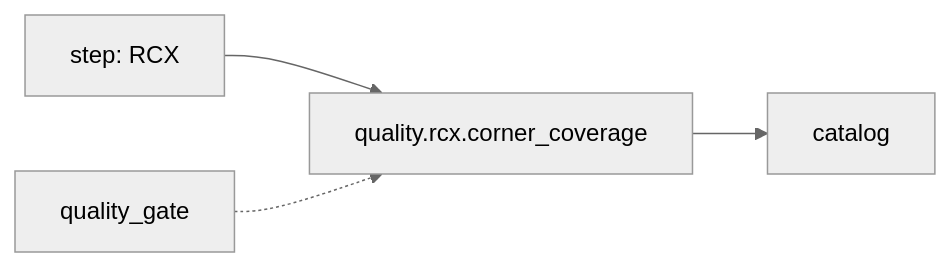
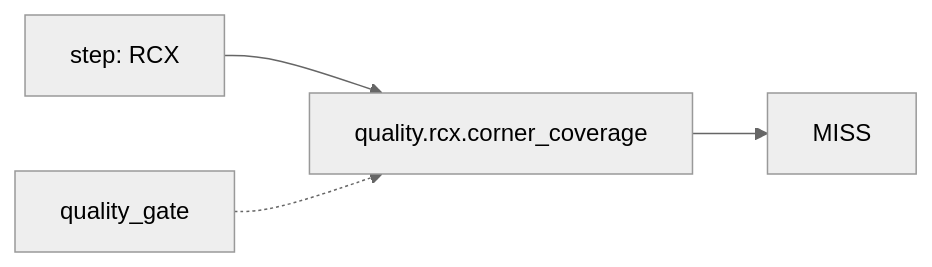
Before and after one commit to openecos-projects/ecc: diagram 13 of 53 in .github/signoff-board/signoff-kanban.md, drawn with Mermaid (neutral theme). The commit also changed other lines of this file and 2 other files, not shown here.

First line of the commit message:
feat(signoff): add performance / iSTA catalog slots (43 metrics)

````diff
--- a/.github/signoff-board/signoff-kanban.md
+++ b/.github/signoff-board/signoff-kanban.md
@@ -386,6 +418,6 @@
 ```mermaid
 flowchart LR
   step_quality_rcx_corner_coverage["step: RCX"] --> metric_quality_rcx_corner_coverage["quality.rcx.corner_coverage"]
-  metric_quality_rcx_corner_coverage --> state_quality_rcx_corner_coverage["catalog"]
+  metric_quality_rcx_corner_coverage --> state_quality_rcx_corner_coverage["MISS"]
   cat_quality_rcx_corner_coverage["quality_gate"] -.-> metric_quality_rcx_corner_coverage
 ```
````
